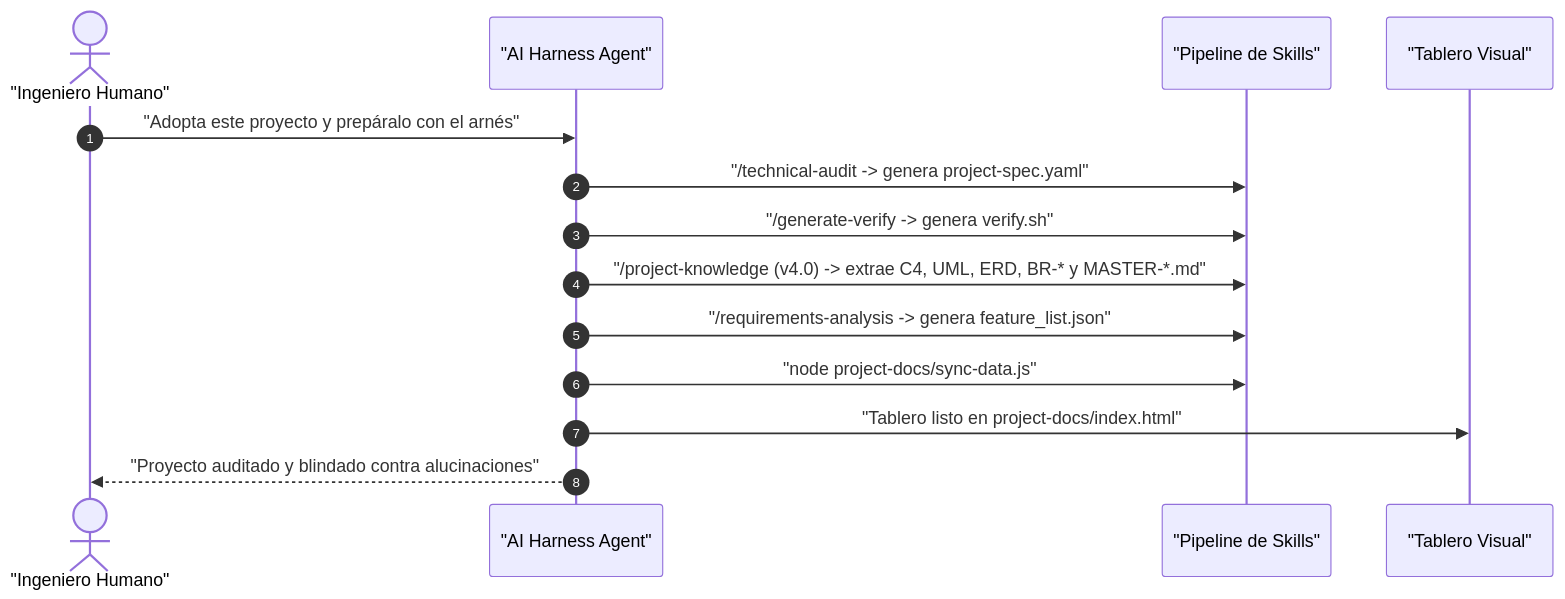
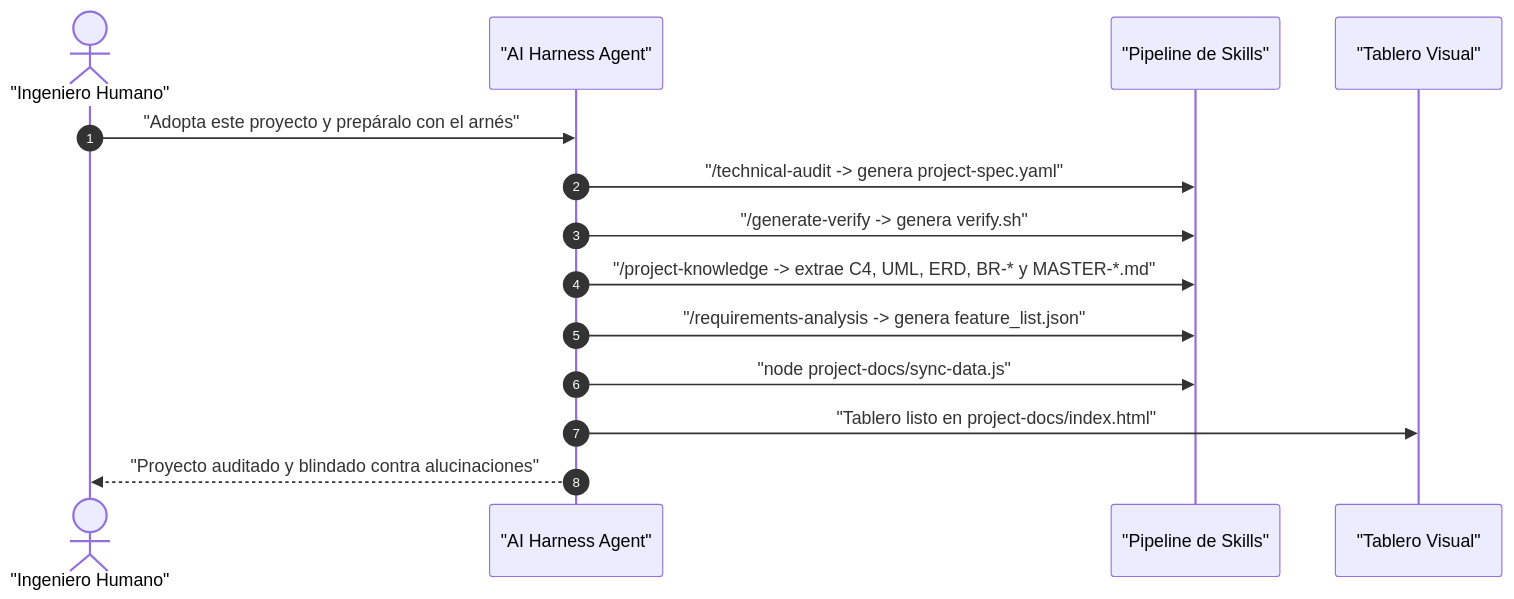
One commit to Nayid4/ContextForge changed the second of 4 diagrams in project-docs/knowledge/03-capabilities-and-features.md. Above: the diagram before and after it, drawn with Mermaid. The commit also changed other lines of this file and 52 other files, not shown here.

````diff
--- a/project-docs/knowledge/03-capabilities-and-features.md
+++ b/project-docs/knowledge/03-capabilities-and-features.md
@@ -204,17 +216,17 @@
 ```mermaid
 sequenceDiagram
   autonumber
   actor Dev as "Ingeniero Humano"
   participant AG as "AI Harness Agent"
   participant Core as "Pipeline de Skills"
   participant Dash as "Tablero Visual"
 
   Dev->>AG: "Adopta este proyecto y prepáralo con el arnés"
   AG->>Core: "/technical-audit -> genera project-spec.yaml"
   AG->>Core: "/generate-verify -> genera verify.sh"
-  AG->>Core: "/project-knowledge (v4.0) -> extrae C4, UML, ERD, BR-* y MASTER-*.md"
+  AG->>Core: "/project-knowledge -> extrae C4, UML, ERD, BR-* y MASTER-*.md"
   AG->>Core: "/requirements-analysis -> genera feature_list.json"
   AG->>Core: "node project-docs/sync-data.js"
   AG->>Dash: "Tablero listo en project-docs/index.html"
   AG-->>Dev: "Proyecto auditado y blindado contra alucinaciones"
 ```
````
